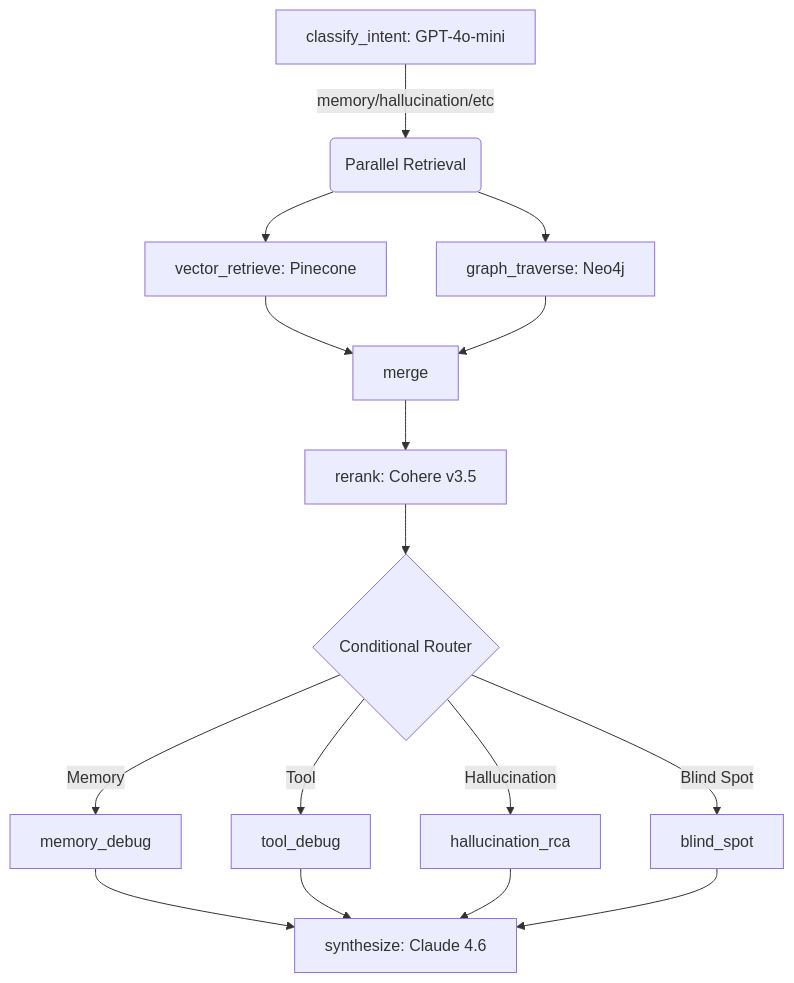
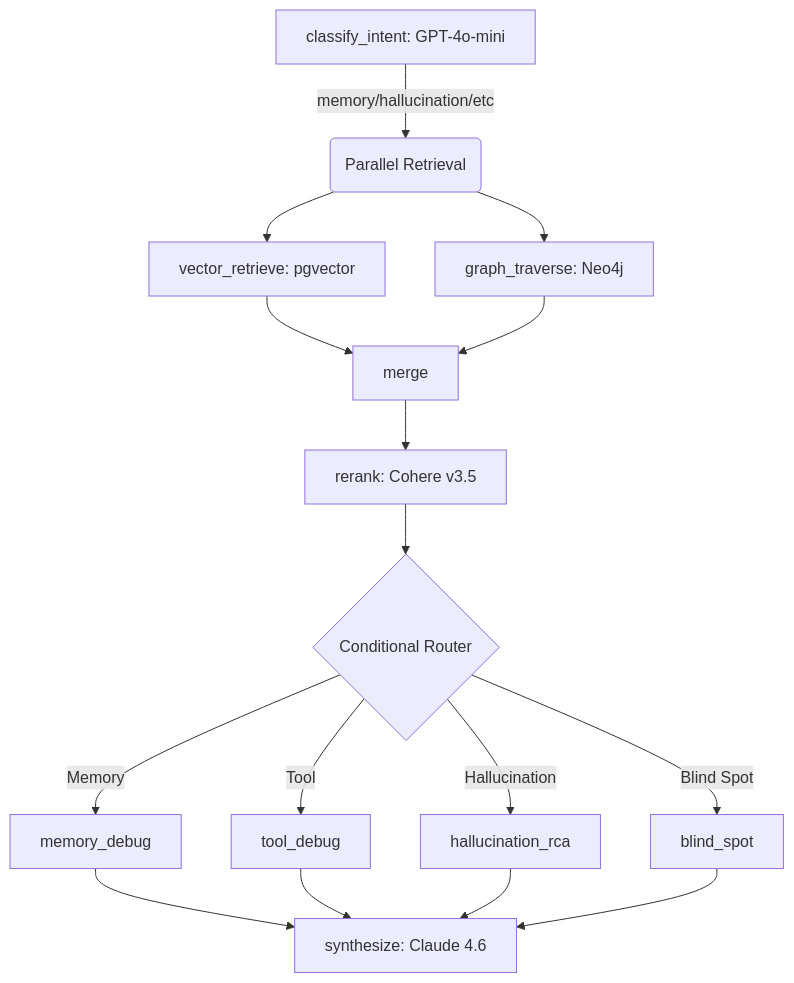
Before and after one commit to codeman403/aethen-ai: the diagram in docs/archive/architecture.md, drawn with Mermaid. The commit also changed 19 other files, not shown here.

````diff
--- a/docs/archive/architecture.md
+++ b/docs/archive/architecture.md
@@ -8,18 +8,18 @@
 ```mermaid
 graph TD
     A[classify_intent: GPT-4o-mini] -->|memory/hallucination/etc| B(Parallel Retrieval)
-    B --> C1[vector_retrieve: Pinecone]
+    B --> C1[vector_retrieve: pgvector]
     B --> C2[graph_traverse: Neo4j]
     C1 --> D[merge]
     C2 --> D
     D --> E[rerank: Cohere v3.5]
     E --> F{Conditional Router}
     F -->|Memory| G1[memory_debug]
     F -->|Tool| G2[tool_debug]
     F -->|Hallucination| G3[hallucination_rca]
     F -->|Blind Spot| G4[blind_spot]
     G1 --> H[synthesize: Claude 4.6]
     G2 --> H
     G3 --> H
     G4 --> H
 ```
````
